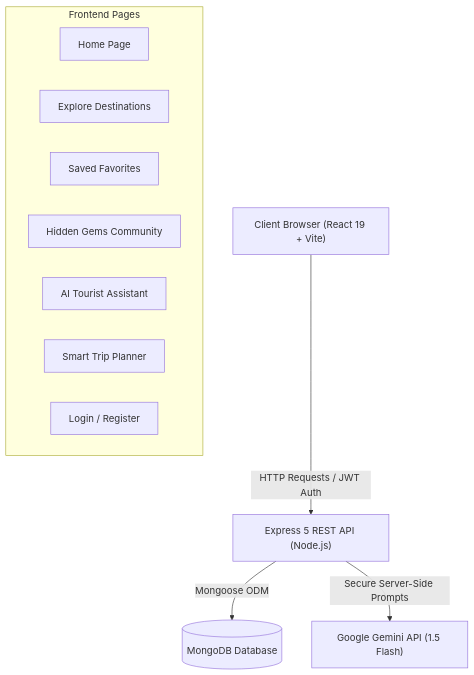
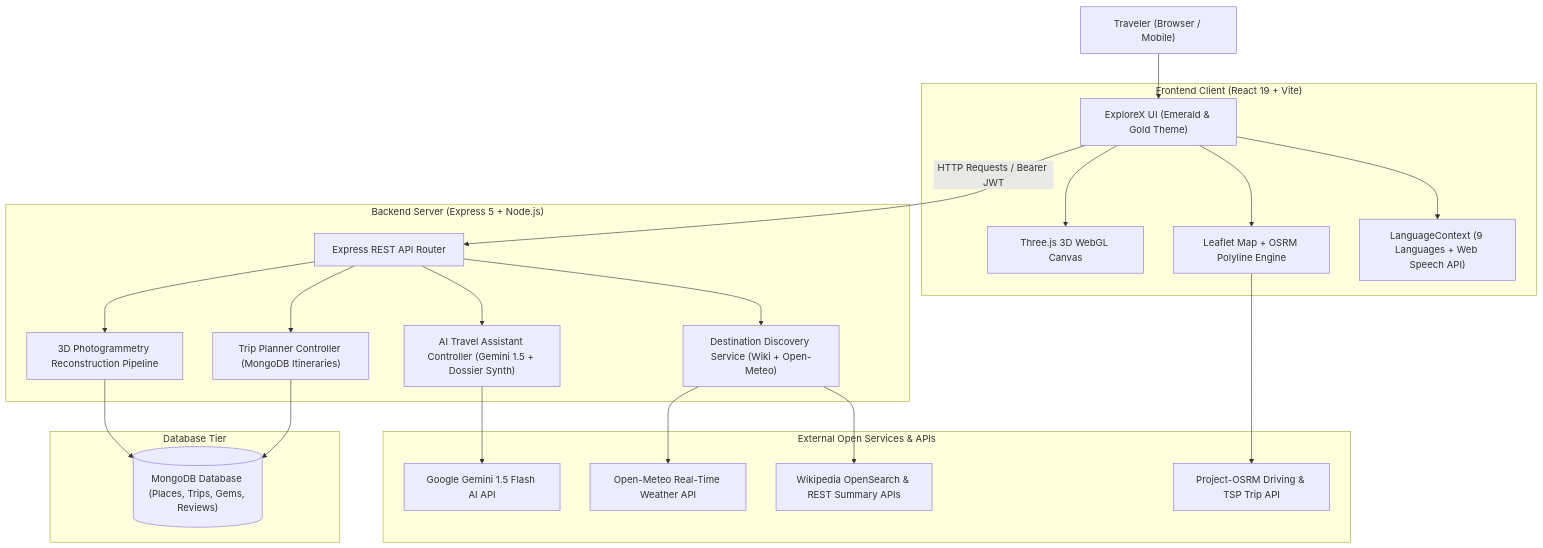
Before and after one commit to heyshravan/MERN-STACK-PROJECT: the diagram in README.md, drawn with Mermaid. The commit also changed other lines of this file and 1 other file, not shown here.

````diff
--- a/README.md
+++ b/README.md
@@ -61,21 +44,48 @@
 ```mermaid
 graph TD
-    Client["Client Browser (React 19 + Vite)"]
-    API["Express 5 REST API (Node.js)"]
-    DB[(MongoDB Database)]
-    Gemini["Google Gemini API (1.5 Flash)"]
+    User["Traveler (Browser / Mobile)"]
+    
+    subgraph Frontend["Frontend Client (React 19 + Vite)"]
+        UI["ExploreX UI (Emerald & Gold Theme)"]
+        LangCtx["LanguageContext (9 Languages + Web Speech API)"]
+        MapLeaflet["Leaflet Map + OSRM Polyline Engine"]
+        ThreeCanvas["Three.js 3D WebGL Canvas"]
+    end
 
-    Client -->|HTTP Requests / JWT Auth| API
-    API -->|Mongoose ODM| DB
-    API -->|Secure Server-Side Prompts| Gemini
+    subgraph Backend["Backend Server (Express 5 + Node.js)"]
+        Router["Express REST API Router"]
+        DestService["Destination Discovery Service (Wiki + Open-Meteo)"]
+        AIService["AI Travel Assistant Controller (Gemini 1.5 + Dossier Synth)"]
+        TripController["Trip Planner Controller (MongoDB Itineraries)"]
+        ReconstructService["3D Photogrammetry Reconstruction Pipeline"]
+    end
 
-    subgraph Frontend Pages
-        Home["Home Page"]
-        Explore["Explore Destinations"]
-        Favorites["Saved Favorites"]
-        HiddenGems["Hidden Gems Community"]
-        AI["AI Tourist Assistant"]
-        TripPlanner["Smart Trip Planner"]
-        Auth["Login / Register"]
+    subgraph ExternalServices["External Open Services & APIs"]
+        WikiAPI["Wikipedia OpenSearch & REST Summary APIs"]
+        MeteoAPI["Open-Meteo Real-Time Weather API"]
+        OSRMAPI["Project-OSRM Driving & TSP Trip API"]
+        GeminiAPI["Google Gemini 1.5 Flash AI API"]
     end
+
+    subgraph Database["Database Tier"]
+        MongoDB[("MongoDB Database (Places, Trips, Gems, Reviews)")]
+    end
+
+    User --> UI
+    UI --> LangCtx
+    UI --> MapLeaflet
+    UI --> ThreeCanvas
+    UI -->|HTTP Requests / Bearer JWT| Router
+
+    Router --> DestService
+    Router --> AIService
+    Router --> TripController
+    Router --> ReconstructService
+
+    DestService --> WikiAPI
+    DestService --> MeteoAPI
+    MapLeaflet --> OSRMAPI
+    AIService --> GeminiAPI
+    TripController --> MongoDB
+    ReconstructService --> MongoDB
 ```
````
